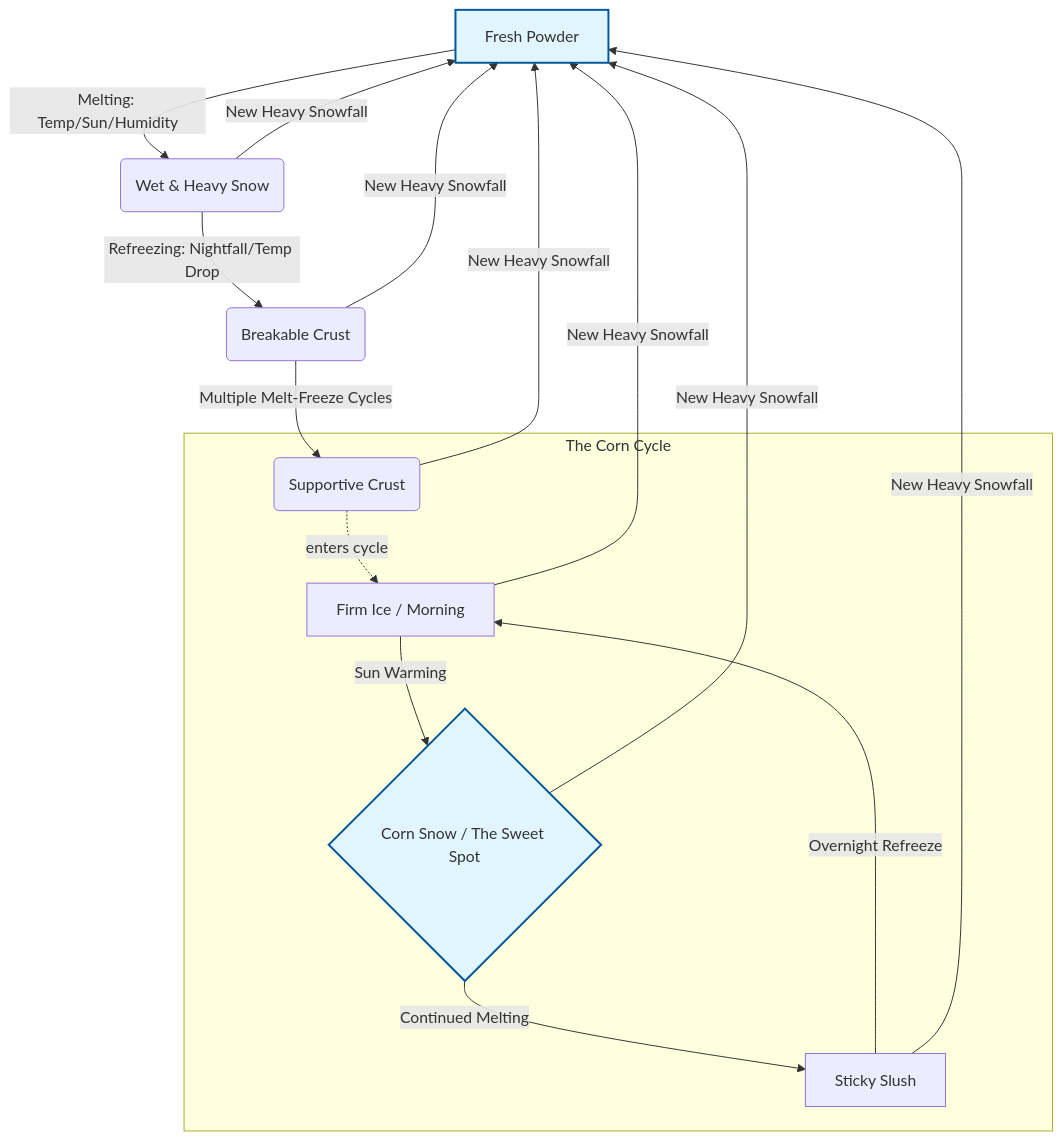
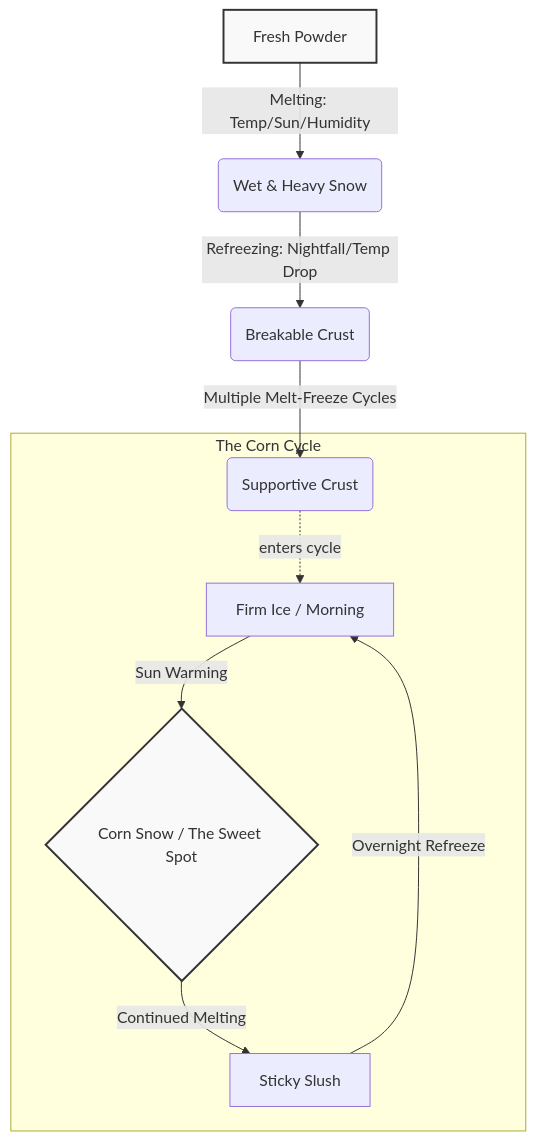
The diagram in README.md (jangsutsr888/ullrs-secret), drawn with Mermaid before and after one commit.

Commit message:
Update state machine

````diff
--- a/README.md
+++ b/README.md
@@ -16,30 +16,21 @@
 ```mermaid
 graph TD
     %% Initial Powder Phase
     Powder[Fresh Powder] -->|Melting: Temp/Sun/Humidity| Heavy(Wet & Heavy Snow)
     
     %% Transition to Crust
     Heavy -->|Refreezing: Nightfall/Temp Drop| Breakable(Breakable Crust)
     Breakable -->|Multiple Melt-Freeze Cycles| Supportive(Supportive Crust)
 
     %% The Spring Corn Cycle
     subgraph The Corn Cycle
         Supportive -. enters cycle .-> Ice[Firm Ice / Morning]
         Ice -->|Sun Warming| Corn{Corn Snow / The Sweet Spot}
         Corn -->|Continued Melting| Slush[Sticky Slush]
         Slush -->|Overnight Refreeze| Ice
     end
 
-    %% Storm reset
-    Heavy -- "New Heavy Snowfall" --> Powder
-    Breakable -- "New Heavy Snowfall" --> Powder
-    Supportive -- "New Heavy Snowfall" --> Powder
-    Ice -- "New Heavy Snowfall" --> Powder
-    Corn -- "New Heavy Snowfall" --> Powder
-    Slush -- "New Heavy Snowfall" --> Powder
-
     %% Styling
-    classDef reset stroke:#f00,stroke-dasharray: 5 5;
-    classDef highlight fill:#e1f5fe,stroke:#01579b,stroke-width:2px;
+    classDef highlight fill:#f9f9f9,stroke:#333,stroke-width:2px;
     class Powder,Corn highlight;
 ```
````
